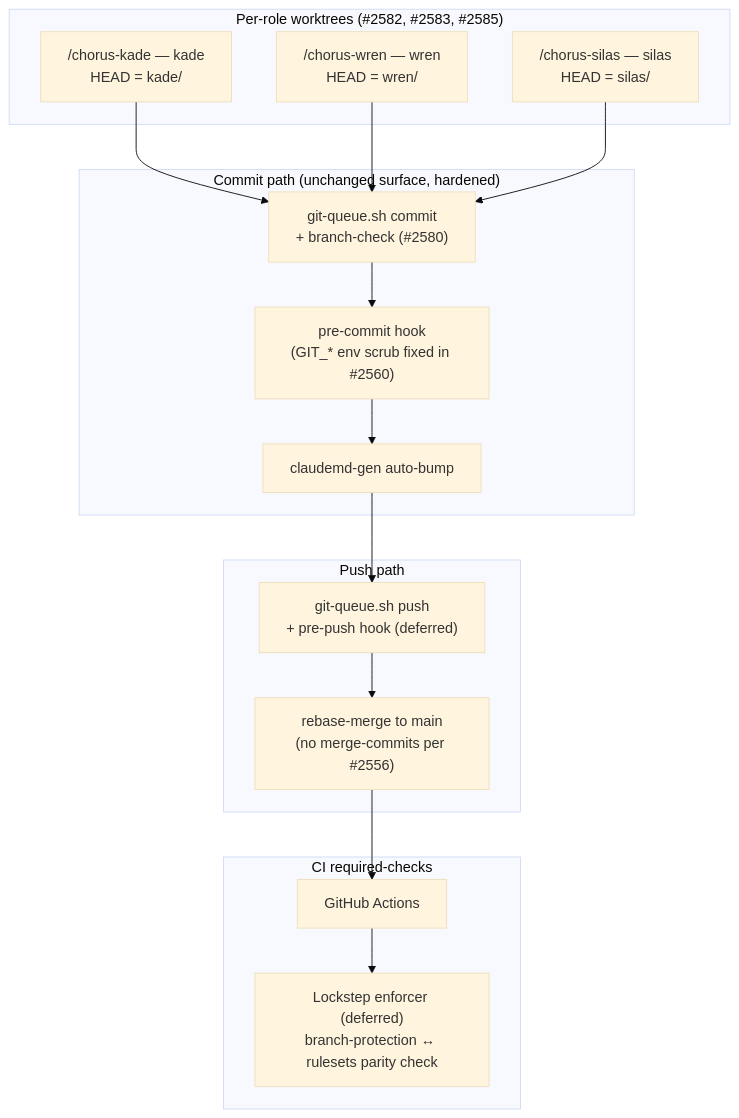
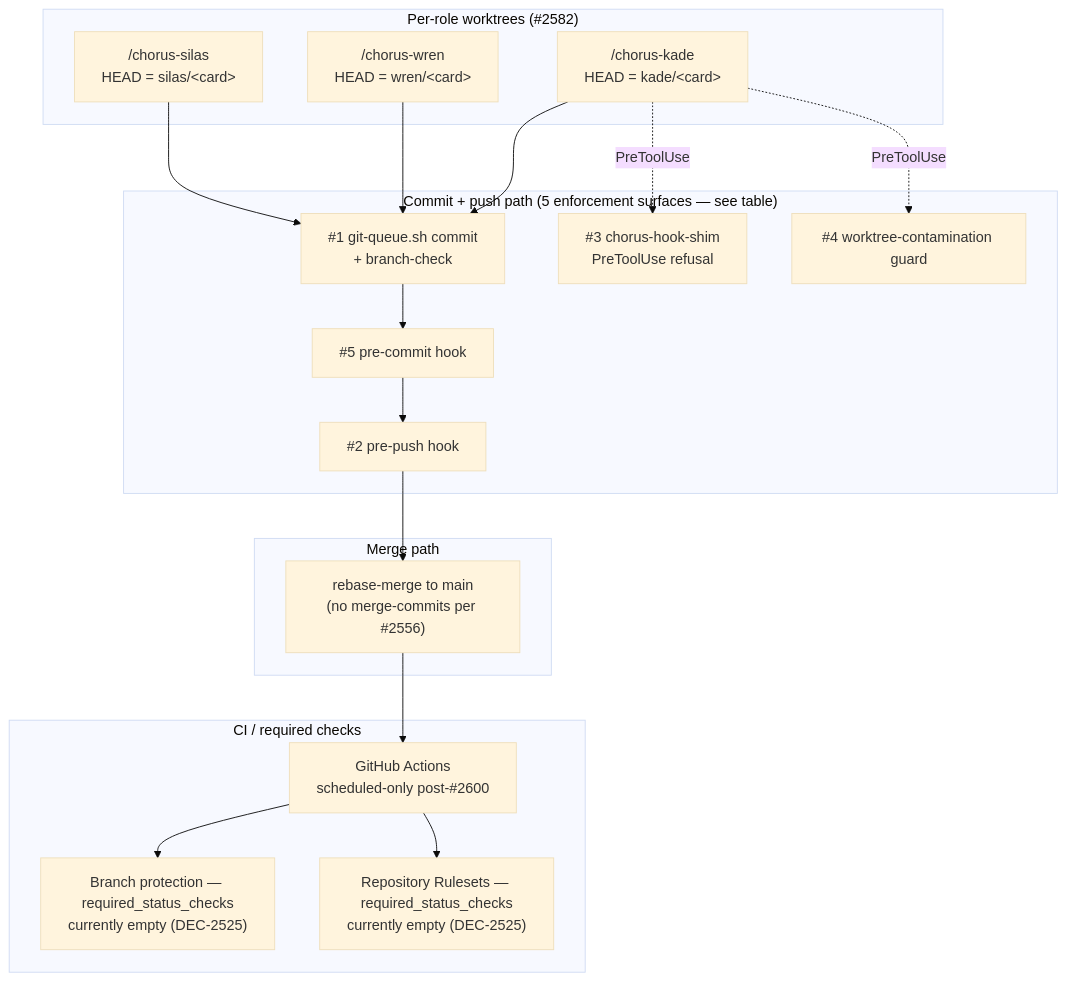
The diagram in designing/docs/commits-service-design.md (gathering-chorus/chorus), drawn with Mermaid (base theme) before and after one commit. The commit also changed other lines of this file and 1 other file, not shown here.

````diff
--- a/designing/docs/commits-service-design.md
+++ b/designing/docs/commits-service-design.md
@@ -64,34 +55,39 @@
 ```mermaid
 flowchart TB
-  subgraph WT["Per-role worktrees (#2582, #2583, #2585)"]
-    K["/chorus-kade — kade<br/>HEAD = kade/<card>"]
-    W["/chorus-wren — wren<br/>HEAD = wren/<card>"]
-    S["/chorus-silas — silas<br/>HEAD = silas/<card>"]
+  subgraph WT["Per-role worktrees (#2582)"]
+    K["/chorus-kade<br/>HEAD = kade/&lt;card&gt;"]
+    W["/chorus-wren<br/>HEAD = wren/&lt;card&gt;"]
+    S["/chorus-silas<br/>HEAD = silas/&lt;card&gt;"]
   end
 
-  subgraph CMT["Commit path (unchanged surface, hardened)"]
-    Q["git-queue.sh commit<br/>+ branch-check (#2580)"]
-    PC["pre-commit hook<br/>(GIT_* env scrub fixed in #2560)"]
-    AB["claudemd-gen auto-bump"]
+  subgraph CMT["Commit + push path (5 enforcement surfaces — see table)"]
+    Q["#1 git-queue.sh commit<br/>+ branch-check"]
+    PC["#5 pre-commit hook"]
+    PP["#2 pre-push hook"]
+    SHIM["#3 chorus-hook-shim<br/>PreToolUse refusal"]
+    WTG["#4 worktree-contamination guard"]
   end
 
-  subgraph PSH["Push path"]
-    PQ["git-queue.sh push<br/>+ pre-push hook (deferred)"]
+  subgraph PSH["Merge path"]
     R["rebase-merge to main<br/>(no merge-commits per #2556)"]
   end
 
-  subgraph CI["CI required-checks"]
-    GH["GitHub Actions"]
-    LS["Lockstep enforcer (deferred)<br/>branch-protection ↔ rulesets parity check"]
+  subgraph CI["CI / required checks"]
+    GH["GitHub Actions<br/>scheduled-only post-#2600"]
+    BP["Branch protection — required_status_checks<br/>currently empty (DEC-2525)"]
+    RR["Repository Rulesets — required_status_checks<br/>currently empty (DEC-2525)"]
   end
 
   K --> Q
   W --> Q
   S --> Q
   Q --> PC
-  PC --> AB
-  AB --> PQ
-  PQ --> R
+  PC --> PP
+  PP --> R
   R --> GH
-  GH --> LS
+  GH --> BP
+  GH --> RR
+
+  K -.PreToolUse.-> SHIM
+  K -.PreToolUse.-> WTG
 ```
````
